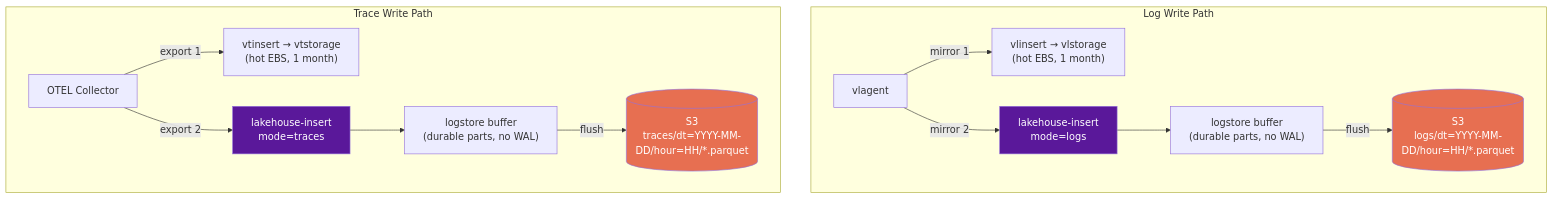
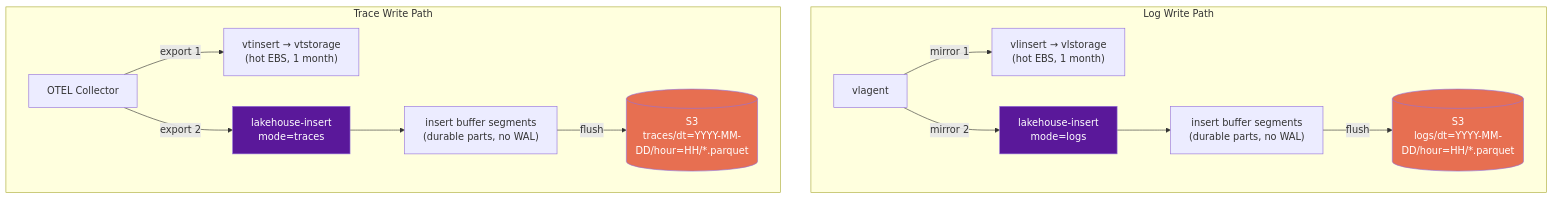
Before and after one commit to ReliablyObserve/victoria-lakehouse: the fifth of 6 diagrams in docs/deployment-architecture.md, drawn with Mermaid. The commit also changed 34 other files, not shown here.

Commit message:
docs(durability): describe the segmented durable insert buffer and update the docs that referred to the staging engine, WAL cutover and read watermark

````diff
--- a/docs/deployment-architecture.md
+++ b/docs/deployment-architecture.md
@@ -563,21 +563,21 @@
 ```mermaid
 flowchart TB
     subgraph "Log Write Path"
         VA_W["vlagent"] -->|mirror 1| VLI_W["vlinsert → vlstorage<br/>(hot EBS, 1 month)"]
         VA_W -->|mirror 2| LHI_W["lakehouse-insert<br/>mode=logs"]
-        LHI_W --> BUF_L["logstore buffer<br/>(durable parts, no WAL)"]
+        LHI_W --> BUF_L["insert buffer segments<br/>(durable parts, no WAL)"]
         BUF_L -->|flush| S3_L[("S3<br/>logs/dt=YYYY-MM-DD/hour=HH/*.parquet")]
     end
 
     subgraph "Trace Write Path"
         OC_W["OTEL Collector"] -->|export 1| VTI_W["vtinsert → vtstorage<br/>(hot EBS, 1 month)"]
         OC_W -->|export 2| LHI_T2["lakehouse-insert<br/>mode=traces"]
-        LHI_T2 --> BUF_T["logstore buffer<br/>(durable parts, no WAL)"]
+        LHI_T2 --> BUF_T["insert buffer segments<br/>(durable parts, no WAL)"]
         BUF_T -->|flush| S3_T[("S3<br/>traces/dt=YYYY-MM-DD/hour=HH/*.parquet")]
     end
 
     style S3_L fill:#e76f51,color:#fff
     style S3_T fill:#e76f51,color:#fff
     style LHI_W fill:#5a189a,color:#fff
     style LHI_T2 fill:#5a189a,color:#fff
 ```
````
